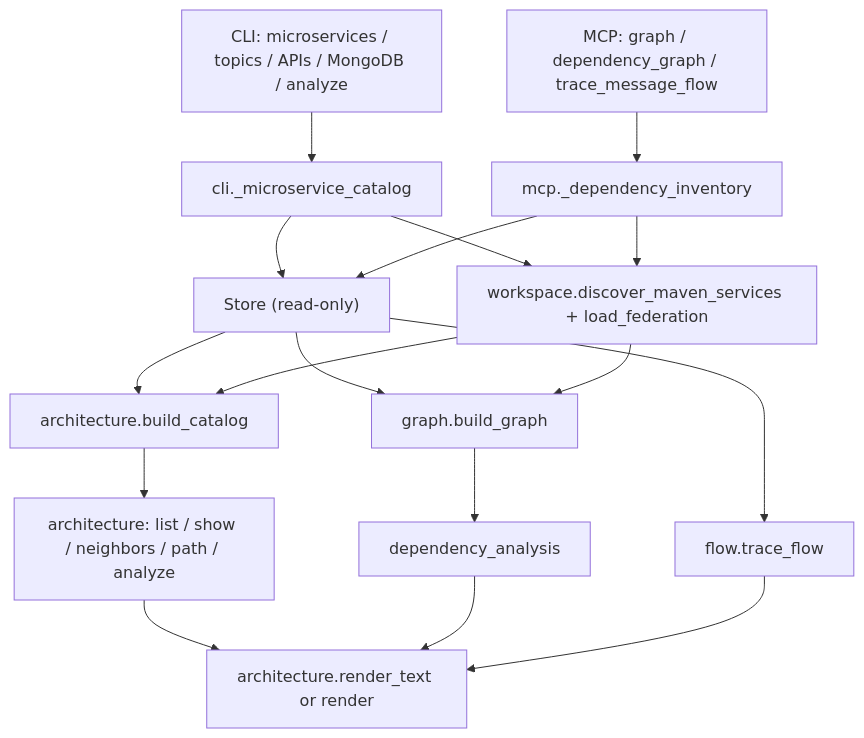
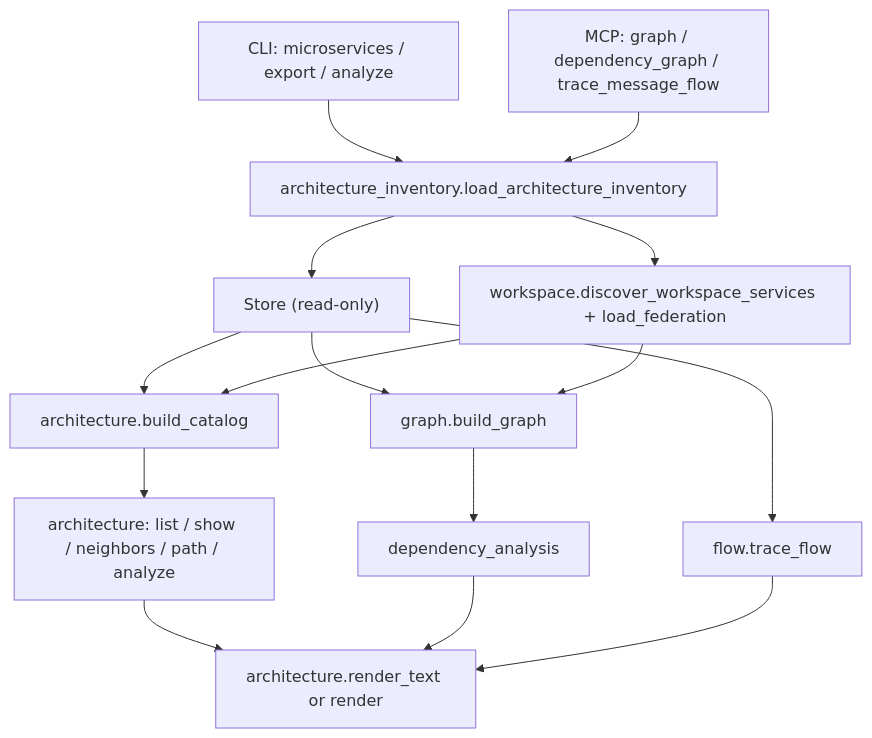
One commit to elkouhen/ccc-radar changed the third of 3 diagrams in docs/ARCHITECTURE.md. Above: the diagram before and after it, drawn with Mermaid. The commit also changed other lines of this file and 5 other files, not shown here.

Commit message:
refactor: centralize architecture inventory loading

````diff
--- a/docs/ARCHITECTURE.md
+++ b/docs/ARCHITECTURE.md
@@ -77,19 +77,17 @@
 ```mermaid
 flowchart TD
-    CLI["CLI: microservices / topics / APIs / MongoDB / analyze"] --> CatalogLoader
+    CLI["CLI: microservices / export / analyze"] --> InventoryLoader
     MCP["MCP: graph / dependency_graph / trace_message_flow"] --> InventoryLoader
-    CatalogLoader["cli._microservice_catalog"] --> Store["Store (read-only)"]
-    CatalogLoader --> Federation["workspace.discover_maven_services + load_federation"]
-    InventoryLoader["mcp._dependency_inventory"] --> Store
-    InventoryLoader --> Federation
+    InventoryLoader["architecture_inventory.load_architecture_inventory"] --> Store["Store (read-only)"]
+    InventoryLoader --> Federation["workspace.discover_workspace_services + load_federation"]
     Store --> Catalog["architecture.build_catalog"]
     Federation --> Catalog
     Catalog --> Architecture["architecture: list / show / neighbors / path / analyze"]
     Store --> Graph["graph.build_graph"]
     Federation --> Graph
     Graph --> Dependencies["dependency_analysis"]
     Store --> Flow["flow.trace_flow"]
     Architecture --> Render["architecture.render_text or render"]
     Dependencies --> Render
     Flow --> Render
 ```
````
